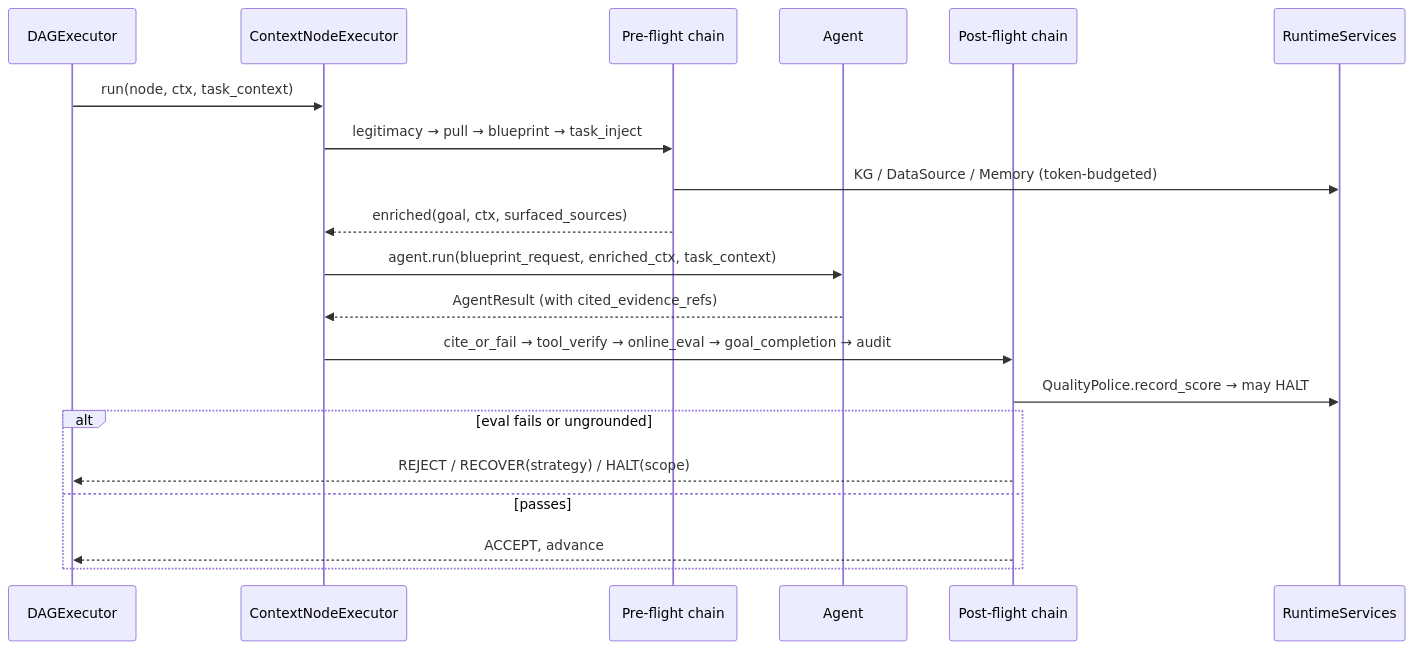
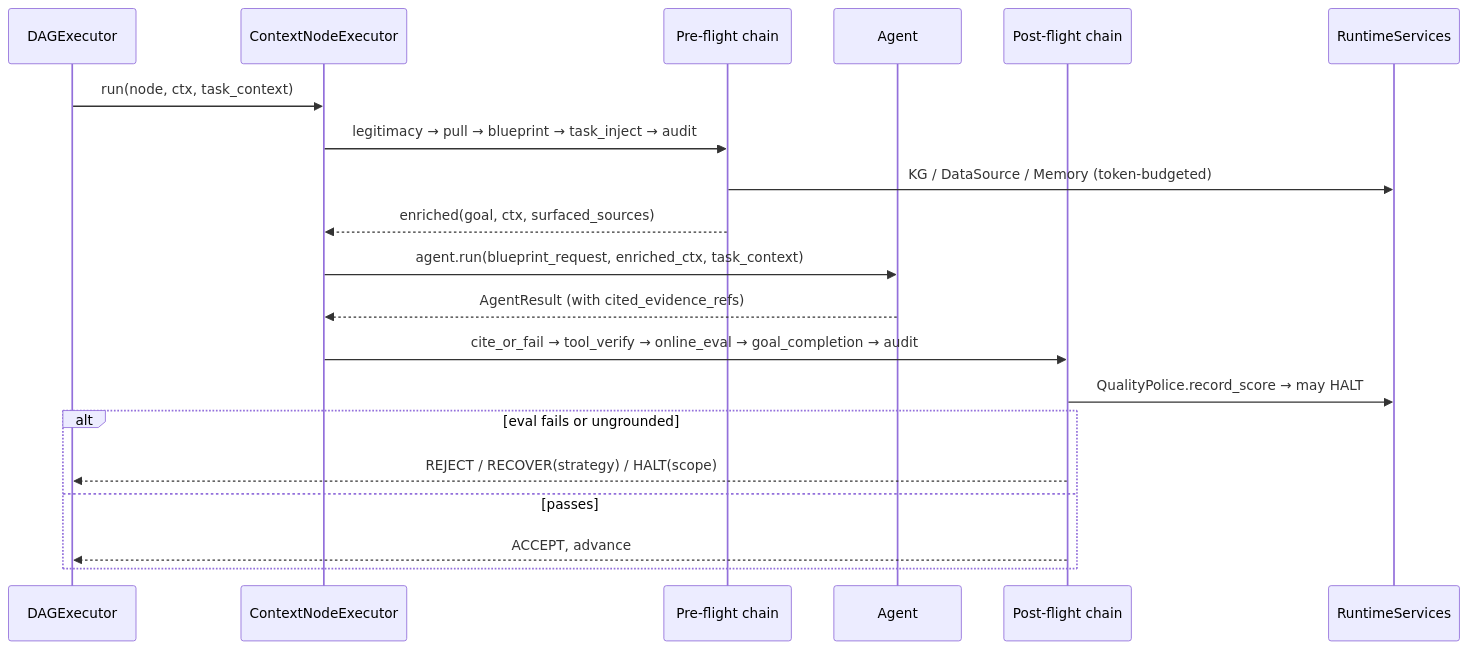
Before and after one commit to drchinca/cemaf: the diagram in docs/specs/SPEC-00-enterprise-context-brain.md, drawn with Mermaid. The commit also changed other lines of this file and 6 other files, not shown here.

````diff
--- a/docs/specs/SPEC-00-enterprise-context-brain.md
+++ b/docs/specs/SPEC-00-enterprise-context-brain.md
@@ -65,23 +65,23 @@
 ```mermaid
 sequenceDiagram
     participant Ex as DAGExecutor
     participant NE as ContextNodeExecutor
     participant Pre as Pre-flight chain
     participant Ag as Agent
     participant Post as Post-flight chain
     participant Svc as RuntimeServices
 
     Ex->>NE: run(node, ctx, task_context)
-    NE->>Pre: legitimacy → pull → blueprint → task_inject
+    NE->>Pre: legitimacy → pull → blueprint → task_inject → audit
     Pre->>Svc: KG / DataSource / Memory (token-budgeted)
     Pre-->>NE: enriched(goal, ctx, surfaced_sources)
     NE->>Ag: agent.run(blueprint_request, enriched_ctx, task_context)
     Ag-->>NE: AgentResult (with cited_evidence_refs)
     NE->>Post: cite_or_fail → tool_verify → online_eval → goal_completion → audit
     Post->>Svc: QualityPolice.record_score → may HALT
     alt eval fails or ungrounded
         Post-->>Ex: REJECT / RECOVER(strategy) / HALT(scope)
     else passes
         Post-->>Ex: ACCEPT, advance
     end
 ```
````
